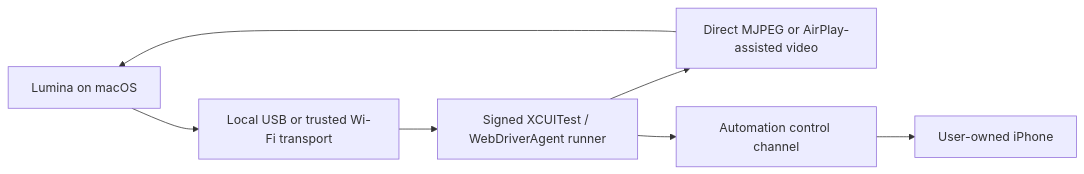
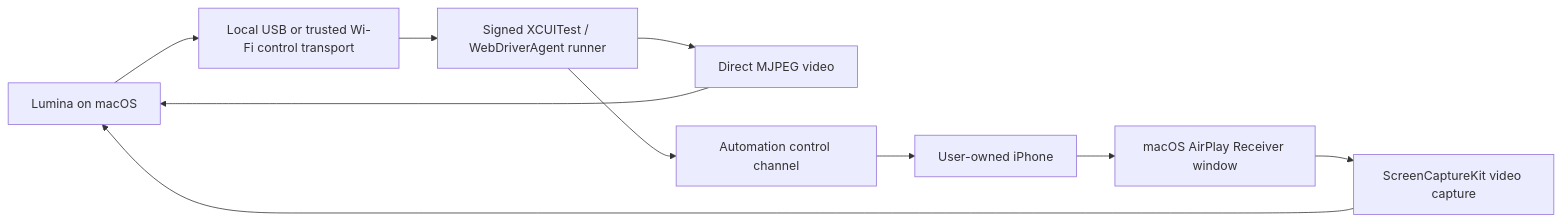
The diagram in README.md (ipixeldev/Lumina), drawn with Mermaid before and after one commit. The commit also changed other lines of this file and 11 other files, not shown here.

Commit message:
Fix AirPlay separation and device controls

````diff
--- a/README.md
+++ b/README.md
@@ -28,16 +28,21 @@
 ```mermaid
 flowchart LR
     Mac["Lumina on macOS"]
-    Transport["Local USB or trusted Wi-Fi transport"]
+    Transport["Local USB or trusted Wi-Fi control transport"]
     Runner["Signed XCUITest / WebDriverAgent runner"]
-    Screen["Direct MJPEG or AirPlay-assisted video"]
+    Direct["Direct MJPEG video"]
+    Receiver["macOS AirPlay Receiver window"]
+    Capture["ScreenCaptureKit video capture"]
     Control["Automation control channel"]
     Phone["User-owned iPhone"]
 
     Mac --> Transport
     Transport --> Runner
-    Runner --> Screen
     Runner --> Control
-    Screen --> Mac
+    Runner --> Direct
+    Direct --> Mac
     Control --> Phone
+    Phone --> Receiver
+    Receiver --> Capture
+    Capture --> Mac
 ```
````
